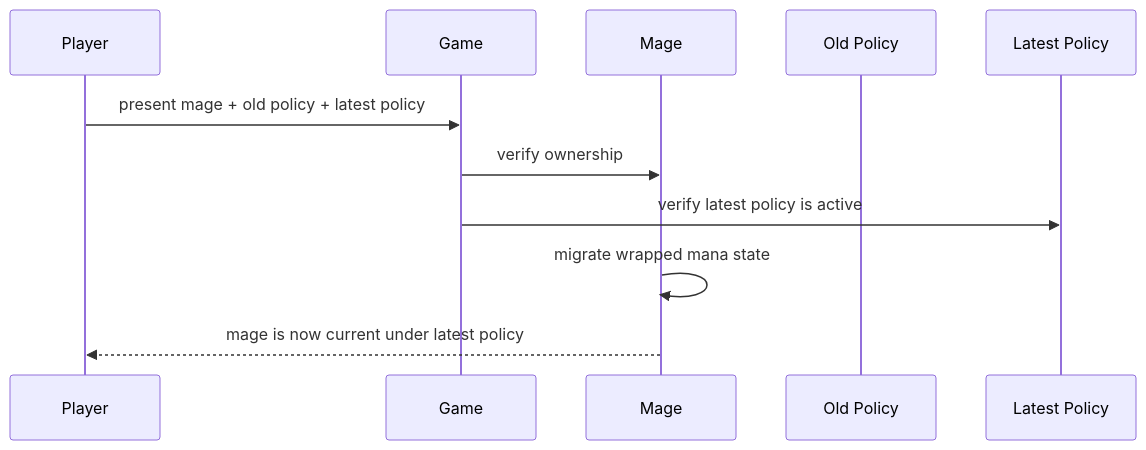
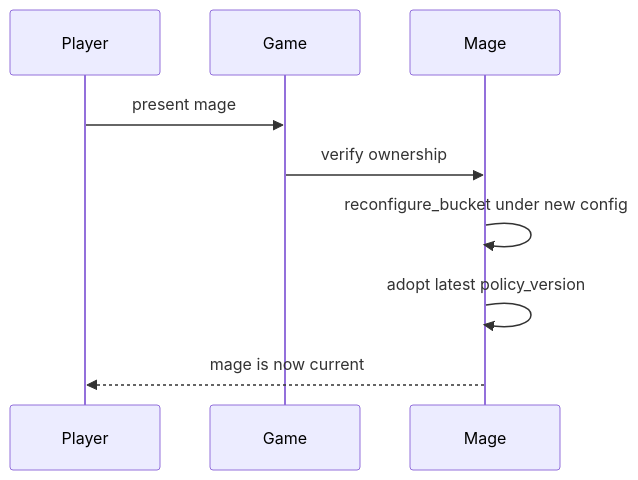
The seventh of 7 diagrams in README.md (0xNeshi/rate-limiter-proposal), drawn with Mermaid before and after one commit. The commit also changed other lines of this file and 7 other files, not shown here.

````diff
--- a/README.md
+++ b/README.md
@@ -396,14 +224,12 @@
 ```mermaid
 sequenceDiagram
     participant Player
     participant Game
     participant Mage
-    participant OldPolicy as Old Policy
-    participant NewPolicy as Latest Policy
 
-    Player->>Game: present mage + old policy + latest policy
+    Player->>Game: present mage
     Game->>Mage: verify ownership
-    Game->>NewPolicy: verify latest policy is active
-    Mage->>Mage: migrate wrapped mana state
-    Mage-->>Player: mage is now current under latest policy
+    Mage->>Mage: reconfigure_bucket under new config
+    Mage->>Mage: adopt latest policy_version
+    Mage-->>Player: mage is now current
 ```
````
